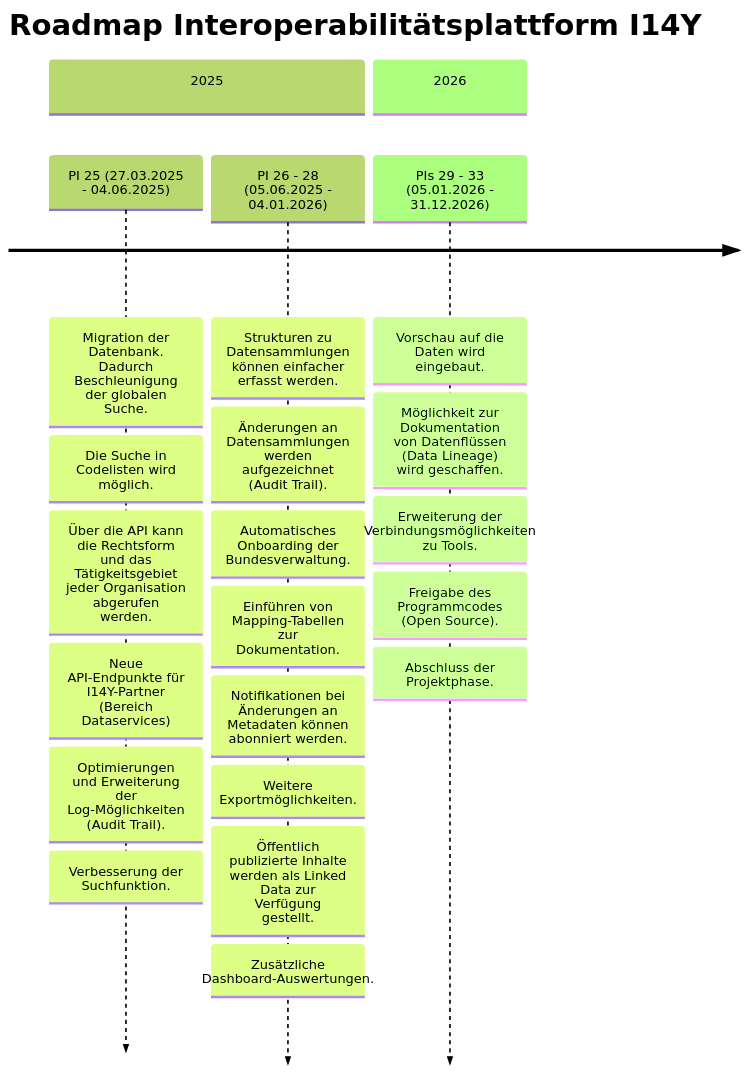
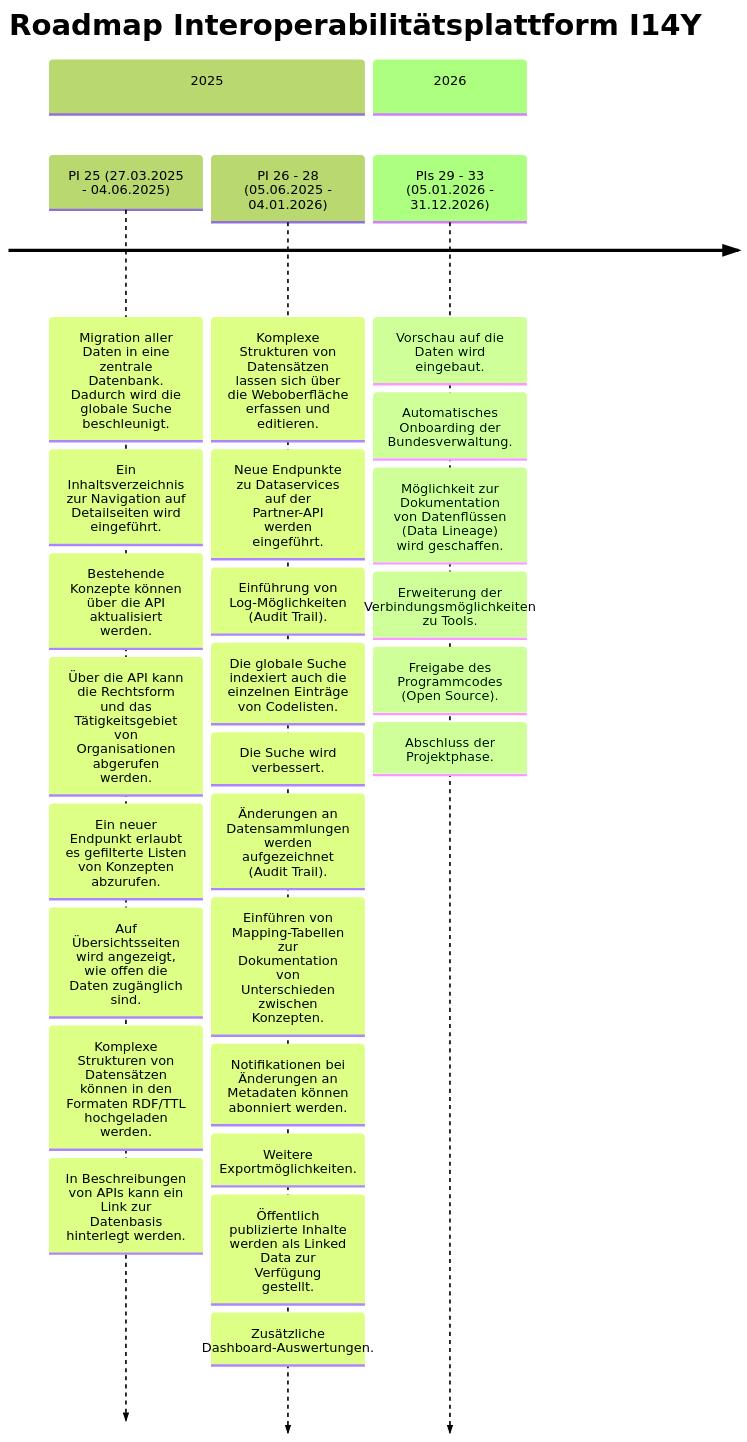
Before and after one commit to I14Y-ch/handbook: the diagram in content/de/plattform/roadmap.md, drawn with Mermaid (forest theme). The commit also changed other lines of this file, not shown here.

Commit message:
Ergänzung Roadmap

```diff
--- a/content/de/plattform/roadmap.md
+++ b/content/de/plattform/roadmap.md
@@ -21,31 +21,37 @@
 {{< mermaid width="650px" >}}
 timeline
     title Roadmap Interoperabilitätsplattform I14Y
     
     section 2025
         PI 25 (27.03.2025 - 04.06.2025)
-        : Migration der Datenbank. Dadurch Beschleunigung der globalen Suche.
-        : Die Suche in Codelisten wird möglich.
-        : Über die API kann die Rechtsform und das Tätigkeitsgebiet jeder Organisation abgerufen werden.
-        : Neue API-Endpunkte für I14Y-Partner (Bereich Dataservices)
-        : Optimierungen und Erweiterung der Log-Möglichkeiten (Audit Trail).
-        : Verbesserung der Suchfunktion.
+        : Migration aller Daten in eine zentrale Datenbank. Dadurch wird die globale Suche beschleunigt.
+        : Ein Inhaltsverzeichnis zur Navigation auf Detailseiten wird eingeführt.
+        : Bestehende Konzepte können über die API aktualisiert werden.
+        : Über die API kann die Rechtsform und das Tätigkeitsgebiet von Organisationen abgerufen werden.
+        : Ein neuer Endpunkt erlaubt es gefilterte Listen von Konzepten abzurufen.
+        : Auf Übersichtsseiten wird angezeigt, wie offen die Daten zugänglich sind. 
+        : Komplexe Strukturen von Datensätzen können in den Formaten RDF/TTL hochgeladen werden. 
+        : In Beschreibungen von APIs kann ein Link zur Datenbasis hinterlegt werden.  
         
         PI 26 - 28 (05.06.2025 - 04.01.2026)
-        : Strukturen zu Datensammlungen können einfacher erfasst werden.
+        : Komplexe Strukturen von Datensätzen lassen sich über die Weboberfläche erfassen und editieren.
+        : Neue Endpunkte zu Dataservices auf der Partner-API werden eingeführt.
+        : Einführung von Log-Möglichkeiten (Audit Trail).
+        : Die globale Suche indexiert auch die einzelnen Einträge von Codelisten. 
+        : Die Suche wird verbessert.
         : Änderungen an Datensammlungen werden aufgezeichnet (Audit Trail).
-        : Automatisches Onboarding der Bundesverwaltung.
-        : Einführen von Mapping-Tabellen zur Dokumentation.
+        : Einführen von Mapping-Tabellen zur Dokumentation von Unterschieden zwischen Konzepten.
         : Notifikationen bei Änderungen an Metadaten können abonniert werden.
         : Weitere Exportmöglichkeiten.
         : Öffentlich publizierte Inhalte werden als Linked Data zur Verfügung gestellt.
         : Zusätzliche Dashboard-Auswertungen.
   
     section 2026
         PIs 29 - 33 (05.01.2026 - 31.12.2026)
         : Vorschau auf die Daten wird eingebaut.
+        : Automatisches Onboarding der Bundesverwaltung.
         : Möglichkeit zur Dokumentation von Datenflüssen (Data Lineage) wird geschaffen.
         : Erweiterung der Verbindungsmöglichkeiten zu Tools.
         : Freigabe des Programmcodes (Open Source).
         : Abschluss der Projektphase.
 {{< /mermaid >}}
```
